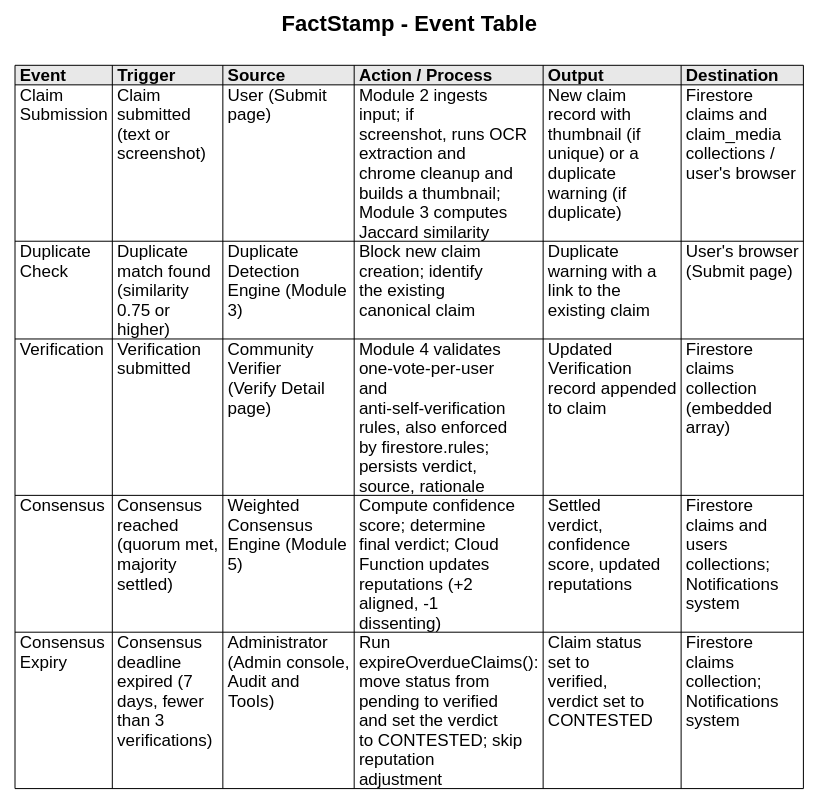
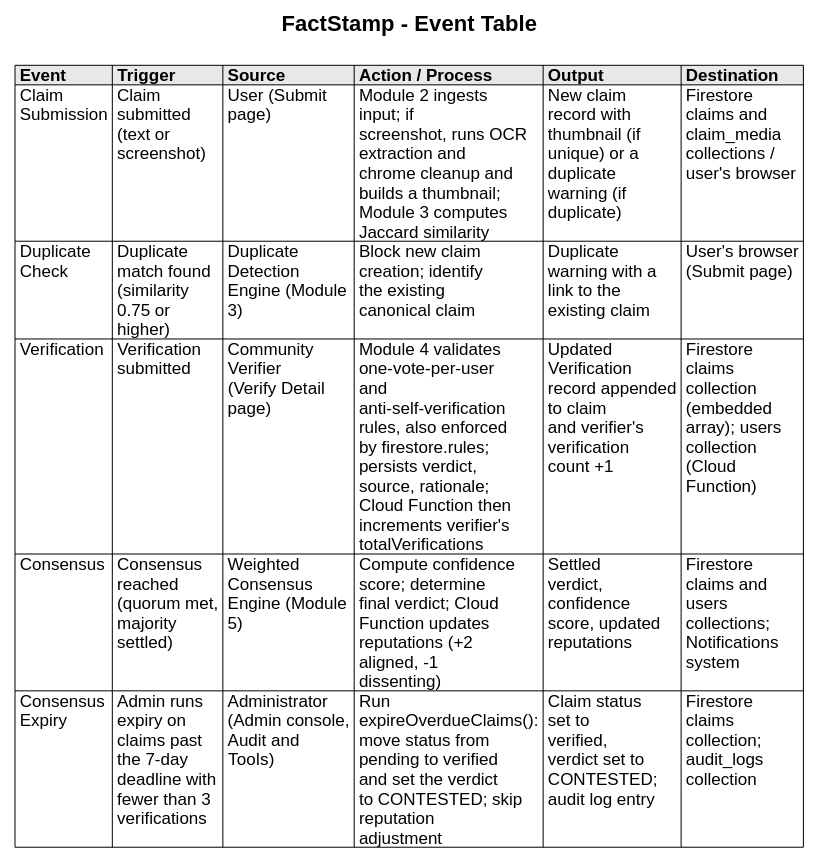
Before and after one commit to aadish0day/typst: the diagram in FactStamp/main_blackbook/03_Requirements_and_Analysis/attachments/event_table.puml, drawn with PlantUML. The commit also changed 36 other files, not shown here.

First line of the commit message:
docs(FactStamp): reflect reputation cloud function in diagrams and wireframes

```diff
--- a/FactStamp/main_blackbook/03_Requirements_and_Analysis/attachments/event_table.puml
+++ b/FactStamp/main_blackbook/03_Requirements_and_Analysis/attachments/event_table.puml
@@ -1,22 +1,22 @@
 @startuml
 skinparam monochrome true
 skinparam defaultFontName "Liberation Sans"
 skinparam defaultFontSize 17
 skinparam titleFontSize 22
 skinparam titleFontStyle bold
 skinparam backgroundColor white
 skinparam legendBorderColor white
 skinparam legendBackgroundColor white
 skinparam legendFontSize 17
 
 title FactStamp - Event Table
 
 legend top
 |=<#E8E8E8><U+200B><U+00A0>Event<U+00A0><U+200B>|=<#E8E8E8><U+200B><U+00A0>Trigger<U+00A0><U+200B>|=<#E8E8E8><U+200B><U+00A0>Source<U+00A0><U+200B>|=<#E8E8E8><U+200B><U+00A0>Action / Process<U+00A0><U+200B>|=<#E8E8E8><U+200B><U+00A0>Output<U+00A0><U+200B>|=<#E8E8E8><U+200B><U+00A0>Destination<U+00A0><U+200B>|
 |<U+200B><U+00A0>Claim<U+00A0><U+200B>\n<U+200B><U+00A0>Submission<U+00A0><U+200B>|<U+200B><U+00A0>Claim<U+00A0><U+200B>\n<U+200B><U+00A0>submitted<U+00A0><U+200B>\n<U+200B><U+00A0>(text or<U+00A0><U+200B>\n<U+200B><U+00A0>screenshot)<U+00A0><U+200B>|<U+200B><U+00A0>User (Submit<U+00A0><U+200B>\n<U+200B><U+00A0>page)<U+00A0><U+200B>|<U+200B><U+00A0>Module 2 ingests<U+00A0><U+200B>\n<U+200B><U+00A0>input; if<U+00A0><U+200B>\n<U+200B><U+00A0>screenshot, runs OCR<U+00A0><U+200B>\n<U+200B><U+00A0>extraction and<U+00A0><U+200B>\n<U+200B><U+00A0>chrome cleanup and<U+00A0><U+200B>\n<U+200B><U+00A0>builds a thumbnail;<U+00A0><U+200B>\n<U+200B><U+00A0>Module 3 computes<U+00A0><U+200B>\n<U+200B><U+00A0>Jaccard similarity<U+00A0><U+200B>|<U+200B><U+00A0>New claim<U+00A0><U+200B>\n<U+200B><U+00A0>record with<U+00A0><U+200B>\n<U+200B><U+00A0>thumbnail (if<U+00A0><U+200B>\n<U+200B><U+00A0>unique) or a<U+00A0><U+200B>\n<U+200B><U+00A0>duplicate<U+00A0><U+200B>\n<U+200B><U+00A0>warning (if<U+00A0><U+200B>\n<U+200B><U+00A0>duplicate)<U+00A0><U+200B>|<U+200B><U+00A0>Firestore<U+00A0><U+200B>\n<U+200B><U+00A0>claims and<U+00A0><U+200B>\n<U+200B><U+00A0>claim_media<U+00A0><U+200B>\n<U+200B><U+00A0>collections /<U+00A0><U+200B>\n<U+200B><U+00A0>user's browser<U+00A0><U+200B>|
 |<U+200B><U+00A0>Duplicate<U+00A0><U+200B>\n<U+200B><U+00A0>Check<U+00A0><U+200B>|<U+200B><U+00A0>Duplicate<U+00A0><U+200B>\n<U+200B><U+00A0>match found<U+00A0><U+200B>\n<U+200B><U+00A0>(similarity<U+00A0><U+200B>\n<U+200B><U+00A0>0.75 or<U+00A0><U+200B>\n<U+200B><U+00A0>higher)<U+00A0><U+200B>|<U+200B><U+00A0>Duplicate<U+00A0><U+200B>\n<U+200B><U+00A0>Detection<U+00A0><U+200B>\n<U+200B><U+00A0>Engine (Module<U+00A0><U+200B>\n<U+200B><U+00A0>3)<U+00A0><U+200B>|<U+200B><U+00A0>Block new claim<U+00A0><U+200B>\n<U+200B><U+00A0>creation; identify<U+00A0><U+200B>\n<U+200B><U+00A0>the existing<U+00A0><U+200B>\n<U+200B><U+00A0>canonical claim<U+00A0><U+200B>|<U+200B><U+00A0>Duplicate<U+00A0><U+200B>\n<U+200B><U+00A0>warning with a<U+00A0><U+200B>\n<U+200B><U+00A0>link to the<U+00A0><U+200B>\n<U+200B><U+00A0>existing claim<U+00A0><U+200B>|<U+200B><U+00A0>User's browser<U+00A0><U+200B>\n<U+200B><U+00A0>(Submit page)<U+00A0><U+200B>|
-|<U+200B><U+00A0>Verification<U+00A0><U+200B>|<U+200B><U+00A0>Verification<U+00A0><U+200B>\n<U+200B><U+00A0>submitted<U+00A0><U+200B>|<U+200B><U+00A0>Community<U+00A0><U+200B>\n<U+200B><U+00A0>Verifier<U+00A0><U+200B>\n<U+200B><U+00A0>(Verify Detail<U+00A0><U+200B>\n<U+200B><U+00A0>page)<U+00A0><U+200B>|<U+200B><U+00A0>Module 4 validates<U+00A0><U+200B>\n<U+200B><U+00A0>one-vote-per-user<U+00A0><U+200B>\n<U+200B><U+00A0>and<U+00A0><U+200B>\n<U+200B><U+00A0>anti-self-verification<U+00A0><U+200B>\n<U+200B><U+00A0>rules, also enforced<U+00A0><U+200B>\n<U+200B><U+00A0>by firestore.rules;<U+00A0><U+200B>\n<U+200B><U+00A0>persists verdict,<U+00A0><U+200B>\n<U+200B><U+00A0>source, rationale<U+00A0><U+200B>|<U+200B><U+00A0>Updated<U+00A0><U+200B>\n<U+200B><U+00A0>Verification<U+00A0><U+200B>\n<U+200B><U+00A0>record appended<U+00A0><U+200B>\n<U+200B><U+00A0>to claim<U+00A0><U+200B>|<U+200B><U+00A0>Firestore<U+00A0><U+200B>\n<U+200B><U+00A0>claims<U+00A0><U+200B>\n<U+200B><U+00A0>collection<U+00A0><U+200B>\n<U+200B><U+00A0>(embedded<U+00A0><U+200B>\n<U+200B><U+00A0>array)<U+00A0><U+200B>|
+|<U+200B><U+00A0>Verification<U+00A0><U+200B>|<U+200B><U+00A0>Verification<U+00A0><U+200B>\n<U+200B><U+00A0>submitted<U+00A0><U+200B>|<U+200B><U+00A0>Community<U+00A0><U+200B>\n<U+200B><U+00A0>Verifier<U+00A0><U+200B>\n<U+200B><U+00A0>(Verify Detail<U+00A0><U+200B>\n<U+200B><U+00A0>page)<U+00A0><U+200B>|<U+200B><U+00A0>Module 4 validates<U+00A0><U+200B>\n<U+200B><U+00A0>one-vote-per-user<U+00A0><U+200B>\n<U+200B><U+00A0>and<U+00A0><U+200B>\n<U+200B><U+00A0>anti-self-verification<U+00A0><U+200B>\n<U+200B><U+00A0>rules, also enforced<U+00A0><U+200B>\n<U+200B><U+00A0>by firestore.rules;<U+00A0><U+200B>\n<U+200B><U+00A0>persists verdict,<U+00A0><U+200B>\n<U+200B><U+00A0>source, rationale;<U+00A0><U+200B>\n<U+200B><U+00A0>Cloud Function then<U+00A0><U+200B>\n<U+200B><U+00A0>increments verifier's<U+00A0><U+200B>\n<U+200B><U+00A0>totalVerifications<U+00A0><U+200B>|<U+200B><U+00A0>Updated<U+00A0><U+200B>\n<U+200B><U+00A0>Verification<U+00A0><U+200B>\n<U+200B><U+00A0>record appended<U+00A0><U+200B>\n<U+200B><U+00A0>to claim<U+00A0><U+200B>\n<U+200B><U+00A0>and verifier's<U+00A0><U+200B>\n<U+200B><U+00A0>verification<U+00A0><U+200B>\n<U+200B><U+00A0>count +1<U+00A0><U+200B>|<U+200B><U+00A0>Firestore<U+00A0><U+200B>\n<U+200B><U+00A0>claims<U+00A0><U+200B>\n<U+200B><U+00A0>collection<U+00A0><U+200B>\n<U+200B><U+00A0>(embedded<U+00A0><U+200B>\n<U+200B><U+00A0>array); users<U+00A0><U+200B>\n<U+200B><U+00A0>collection<U+00A0><U+200B>\n<U+200B><U+00A0>(Cloud<U+00A0><U+200B>\n<U+200B><U+00A0>Function)<U+00A0><U+200B>|
 |<U+200B><U+00A0>Consensus<U+00A0><U+200B>|<U+200B><U+00A0>Consensus<U+00A0><U+200B>\n<U+200B><U+00A0>reached<U+00A0><U+200B>\n<U+200B><U+00A0>(quorum met,<U+00A0><U+200B>\n<U+200B><U+00A0>majority<U+00A0><U+200B>\n<U+200B><U+00A0>settled)<U+00A0><U+200B>|<U+200B><U+00A0>Weighted<U+00A0><U+200B>\n<U+200B><U+00A0>Consensus<U+00A0><U+200B>\n<U+200B><U+00A0>Engine (Module<U+00A0><U+200B>\n<U+200B><U+00A0>5)<U+00A0><U+200B>|<U+200B><U+00A0>Compute confidence<U+00A0><U+200B>\n<U+200B><U+00A0>score; determine<U+00A0><U+200B>\n<U+200B><U+00A0>final verdict; Cloud<U+00A0><U+200B>\n<U+200B><U+00A0>Function updates<U+00A0><U+200B>\n<U+200B><U+00A0>reputations (+2<U+00A0><U+200B>\n<U+200B><U+00A0>aligned, -1<U+00A0><U+200B>\n<U+200B><U+00A0>dissenting)<U+00A0><U+200B>|<U+200B><U+00A0>Settled<U+00A0><U+200B>\n<U+200B><U+00A0>verdict,<U+00A0><U+200B>\n<U+200B><U+00A0>confidence<U+00A0><U+200B>\n<U+200B><U+00A0>score, updated<U+00A0><U+200B>\n<U+200B><U+00A0>reputations<U+00A0><U+200B>|<U+200B><U+00A0>Firestore<U+00A0><U+200B>\n<U+200B><U+00A0>claims and<U+00A0><U+200B>\n<U+200B><U+00A0>users<U+00A0><U+200B>\n<U+200B><U+00A0>collections;<U+00A0><U+200B>\n<U+200B><U+00A0>Notifications<U+00A0><U+200B>\n<U+200B><U+00A0>system<U+00A0><U+200B>|
-|<U+200B><U+00A0>Consensus<U+00A0><U+200B>\n<U+200B><U+00A0>Expiry<U+00A0><U+200B>|<U+200B><U+00A0>Consensus<U+00A0><U+200B>\n<U+200B><U+00A0>deadline<U+00A0><U+200B>\n<U+200B><U+00A0>expired (7<U+00A0><U+200B>\n<U+200B><U+00A0>days, fewer<U+00A0><U+200B>\n<U+200B><U+00A0>than 3<U+00A0><U+200B>\n<U+200B><U+00A0>verifications)<U+00A0><U+200B>|<U+200B><U+00A0>Administrator<U+00A0><U+200B>\n<U+200B><U+00A0>(Admin console,<U+00A0><U+200B>\n<U+200B><U+00A0>Audit and<U+00A0><U+200B>\n<U+200B><U+00A0>Tools)<U+00A0><U+200B>|<U+200B><U+00A0>Run<U+00A0><U+200B>\n<U+200B><U+00A0>expireOverdueClaims():<U+00A0><U+200B>\n<U+200B><U+00A0>move status from<U+00A0><U+200B>\n<U+200B><U+00A0>pending to verified<U+00A0><U+200B>\n<U+200B><U+00A0>and set the verdict<U+00A0><U+200B>\n<U+200B><U+00A0>to CONTESTED; skip<U+00A0><U+200B>\n<U+200B><U+00A0>reputation<U+00A0><U+200B>\n<U+200B><U+00A0>adjustment<U+00A0><U+200B>|<U+200B><U+00A0>Claim status<U+00A0><U+200B>\n<U+200B><U+00A0>set to<U+00A0><U+200B>\n<U+200B><U+00A0>verified,<U+00A0><U+200B>\n<U+200B><U+00A0>verdict set to<U+00A0><U+200B>\n<U+200B><U+00A0>CONTESTED<U+00A0><U+200B>|<U+200B><U+00A0>Firestore<U+00A0><U+200B>\n<U+200B><U+00A0>claims<U+00A0><U+200B>\n<U+200B><U+00A0>collection;<U+00A0><U+200B>\n<U+200B><U+00A0>Notifications<U+00A0><U+200B>\n<U+200B><U+00A0>system<U+00A0><U+200B>|
+|<U+200B><U+00A0>Consensus<U+00A0><U+200B>\n<U+200B><U+00A0>Expiry<U+00A0><U+200B>|<U+200B><U+00A0>Admin runs<U+00A0><U+200B>\n<U+200B><U+00A0>expiry on<U+00A0><U+200B>\n<U+200B><U+00A0>claims past<U+00A0><U+200B>\n<U+200B><U+00A0>the 7-day<U+00A0><U+200B>\n<U+200B><U+00A0>deadline with<U+00A0><U+200B>\n<U+200B><U+00A0>fewer than 3<U+00A0><U+200B>\n<U+200B><U+00A0>verifications<U+00A0><U+200B>|<U+200B><U+00A0>Administrator<U+00A0><U+200B>\n<U+200B><U+00A0>(Admin console,<U+00A0><U+200B>\n<U+200B><U+00A0>Audit and<U+00A0><U+200B>\n<U+200B><U+00A0>Tools)<U+00A0><U+200B>|<U+200B><U+00A0>Run<U+00A0><U+200B>\n<U+200B><U+00A0>expireOverdueClaims():<U+00A0><U+200B>\n<U+200B><U+00A0>move status from<U+00A0><U+200B>\n<U+200B><U+00A0>pending to verified<U+00A0><U+200B>\n<U+200B><U+00A0>and set the verdict<U+00A0><U+200B>\n<U+200B><U+00A0>to CONTESTED; skip<U+00A0><U+200B>\n<U+200B><U+00A0>reputation<U+00A0><U+200B>\n<U+200B><U+00A0>adjustment<U+00A0><U+200B>|<U+200B><U+00A0>Claim status<U+00A0><U+200B>\n<U+200B><U+00A0>set to<U+00A0><U+200B>\n<U+200B><U+00A0>verified,<U+00A0><U+200B>\n<U+200B><U+00A0>verdict set to<U+00A0><U+200B>\n<U+200B><U+00A0>CONTESTED;<U+00A0><U+200B>\n<U+200B><U+00A0>audit log entry<U+00A0><U+200B>|<U+200B><U+00A0>Firestore<U+00A0><U+200B>\n<U+200B><U+00A0>claims<U+00A0><U+200B>\n<U+200B><U+00A0>collection;<U+00A0><U+200B>\n<U+200B><U+00A0>audit_logs<U+00A0><U+200B>\n<U+200B><U+00A0>collection<U+00A0><U+200B>|
 endlegend
 @enduml
```
